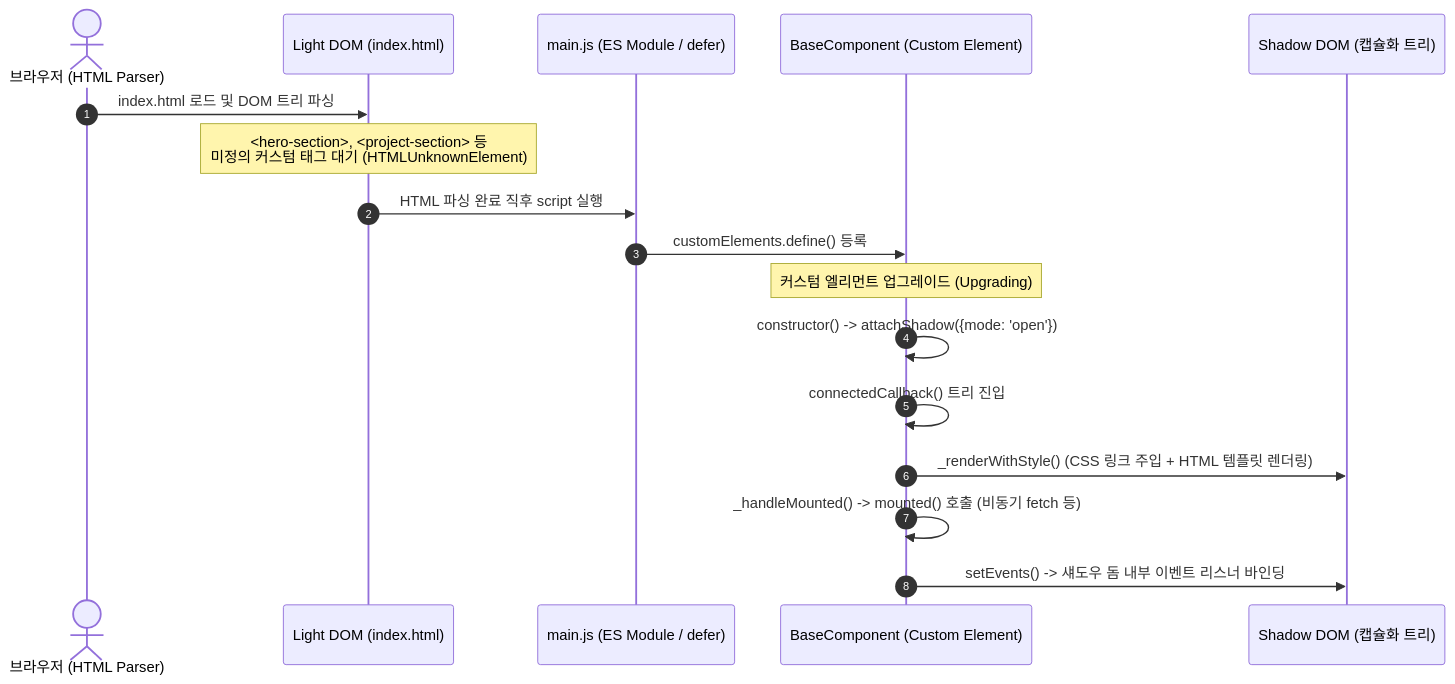
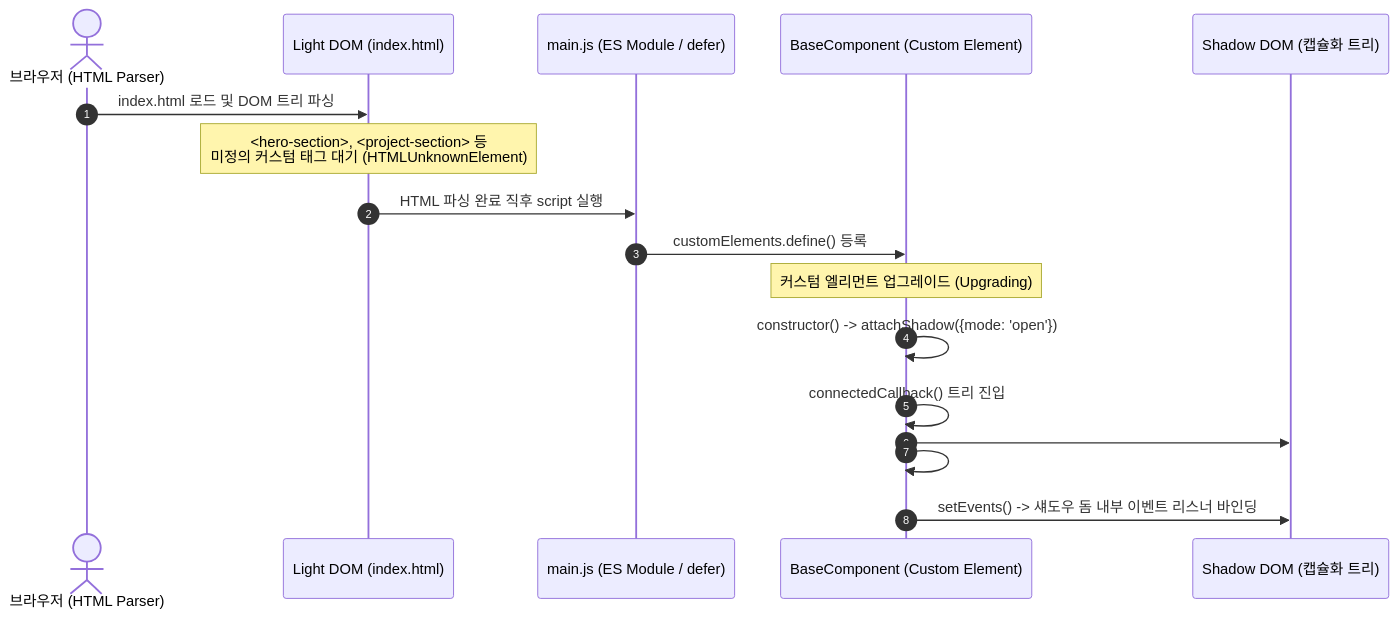
Before and after one commit to Yoonsik-Shin/codyssey-mission: the first of 2 diagrams in B1/1/README.md, drawn with Mermaid. The commit also changed other lines of this file and 3 other files, not shown here.

````diff
--- a/B1/1/README.md
+++ b/B1/1/README.md
@@ -85,20 +85,20 @@
 ```mermaid
 sequenceDiagram
     autonumber
     actor User as 브라우저 (HTML Parser)
     participant DOM as Light DOM (index.html)
     participant Module as main.js (ES Module / defer)
     participant Comp as BaseComponent (Custom Element)
     participant Shadow as Shadow DOM (캡슐화 트리)
 
     User->>DOM: index.html 로드 및 DOM 트리 파싱
     Note over DOM: <hero-section>, <project-section> 등<br/>미정의 커스텀 태그 대기 (HTMLUnknownElement)
     DOM->>Module: HTML 파싱 완료 직후 script 실행
     Module->>Comp: customElements.define() 등록
     Note over Comp: 커스텀 엘리먼트 업그레이드 (Upgrading)
     Comp->>Comp: constructor() -> attachShadow({mode: 'open'})
     Comp->>Comp: connectedCallback() 트리 진입
-    Comp->>Shadow: _renderWithStyle() (CSS 링크 주입 + HTML 템플릿 렌더링)
-    Comp->>Comp: _handleMounted() -> mounted() 호출 (비동기 fetch 등)
+    Comp->>Shadow: #renderWithStyle() (CSS 링크 주입 + HTML 템플릿 렌더링)
+    Comp->>Comp: #handleMounted() -> mounted() 호출 (비동기 fetch 등)
     Comp->>Shadow: setEvents() -> 섀도우 돔 내부 이벤트 리스너 바인딩
 ```
````
